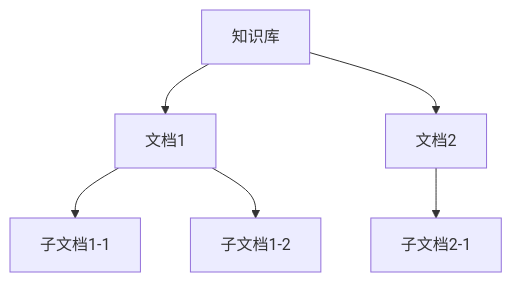
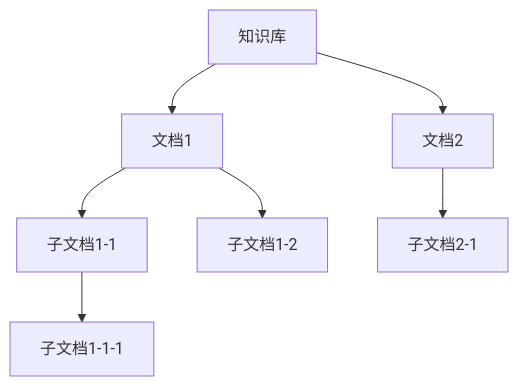
Before and after one commit to WZP358/Wiki: the fifth of 10 diagrams in docs/系统架构设计文档.md, drawn with Mermaid. The commit also changed other lines of this file and 550 other files, not shown here.

````diff
--- a/docs/系统架构设计文档.md
+++ b/docs/系统架构设计文档.md
@@ -227,8 +175,9 @@
 ```mermaid
 graph TD
     A[知识库] --> B[文档1]
     A --> C[文档2]
     B --> D[子文档1-1]
     B --> E[子文档1-2]
     C --> F[子文档2-1]
+    D --> G[子文档1-1-1]
 ```
````
